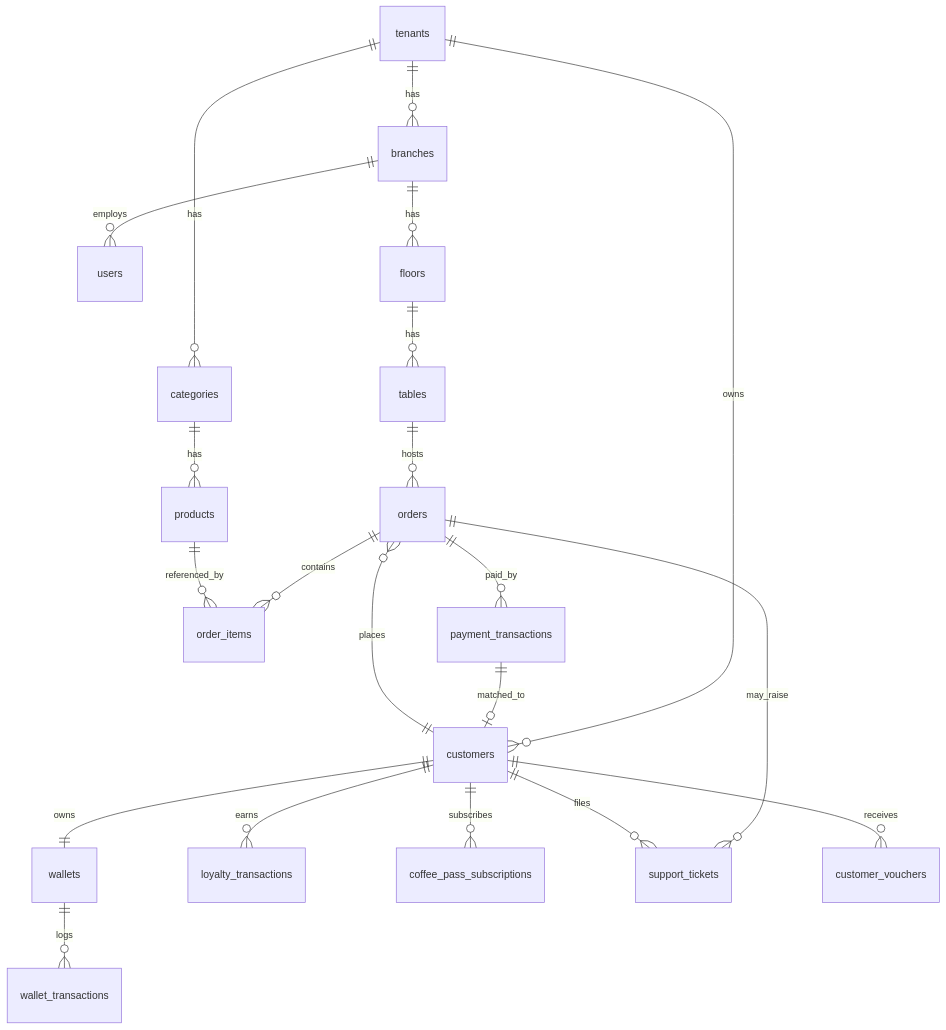
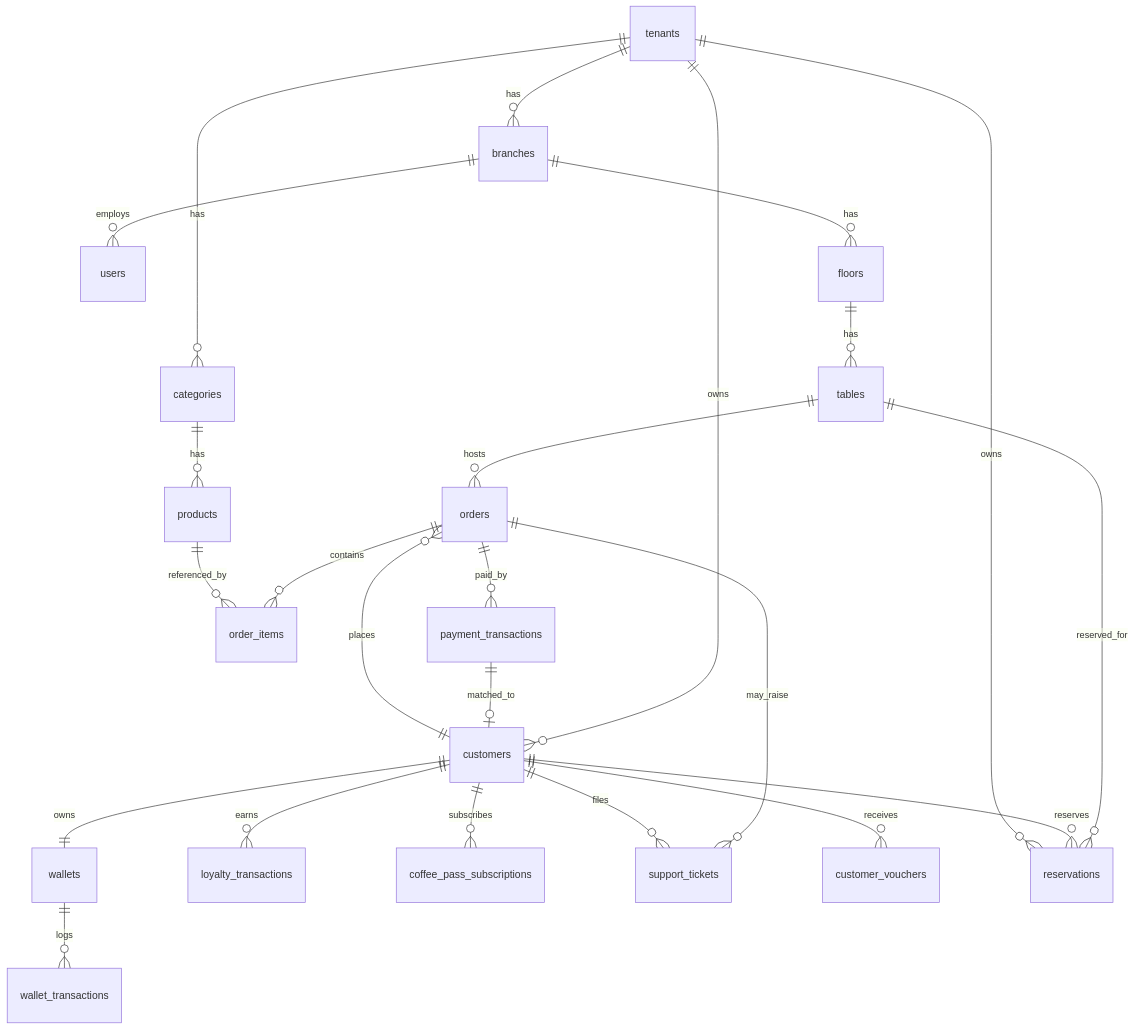
One commit to TLuon/fnb-saas-platform changed the diagram in ERD.md. Above: the diagram before and after it, drawn with Mermaid. The commit also changed other lines of this file and 36 other files, not shown here.

````diff
--- a/ERD.md
+++ b/ERD.md
@@ -8,23 +8,26 @@
 ```mermaid
 erDiagram
     tenants ||--o{ branches : has
     branches ||--o{ users : employs
     branches ||--o{ floors : has
     floors ||--o{ tables : has
     tenants ||--o{ customers : owns
     tenants ||--o{ categories : has
     categories ||--o{ products : has
     tables ||--o{ orders : hosts
     customers ||--o{ orders : places
     orders ||--o{ order_items : contains
     products ||--o{ order_items : referenced_by
     customers ||--|| wallets : owns
     wallets ||--o{ wallet_transactions : logs
     customers ||--o{ loyalty_transactions : earns
     customers ||--o{ coffee_pass_subscriptions : subscribes
     orders ||--o{ payment_transactions : paid_by
     payment_transactions ||--o| customers : matched_to
     orders ||--o{ support_tickets : may_raise
     customers ||--o{ support_tickets : files
     customers ||--o{ customer_vouchers : receives
+    tables ||--o{ reservations : reserved_for
+    customers ||--o{ reservations : reserves
+    tenants ||--o{ reservations : owns
 ```
````
